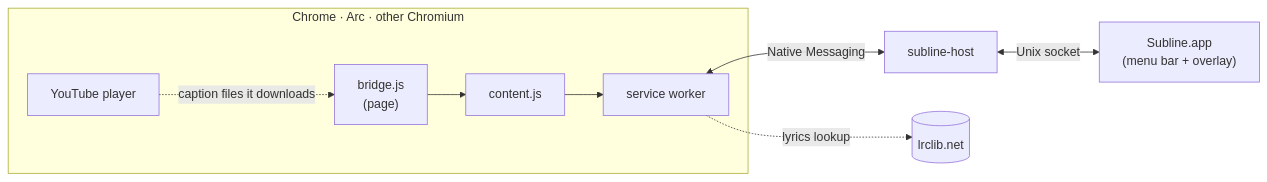
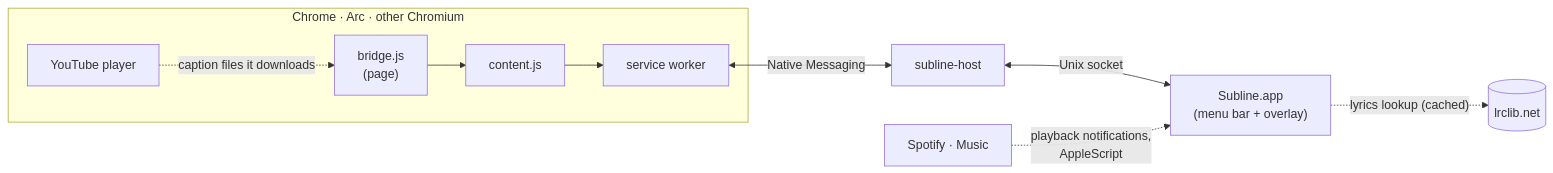
One commit to jiunbae/subline changed the diagram in README.md. Above: the diagram before and after it, drawn with Mermaid. The commit also changed other lines of this file and 15 other files, not shown here.

````diff
--- a/README.md
+++ b/README.md
@@ -143,10 +160,11 @@
 ```mermaid
 flowchart LR
   subgraph Browser["Chrome · Arc · other Chromium"]
     P["YouTube player"] -. "caption files it downloads" .-> B["bridge.js<br/>(page)"]
     B --> C["content.js"] --> W["service worker"]
   end
   W <-- "Native Messaging" --> H["subline-host"]
   H <-- "Unix socket" --> A["Subline.app<br/>(menu bar + overlay)"]
-  W -. "lyrics lookup" .-> L[("lrclib.net")]
+  S["Spotify · Music"] -. "playback notifications,<br/>AppleScript" .-> A
+  A -. "lyrics lookup (cached)" .-> L[("lrclib.net")]
 ```
````
